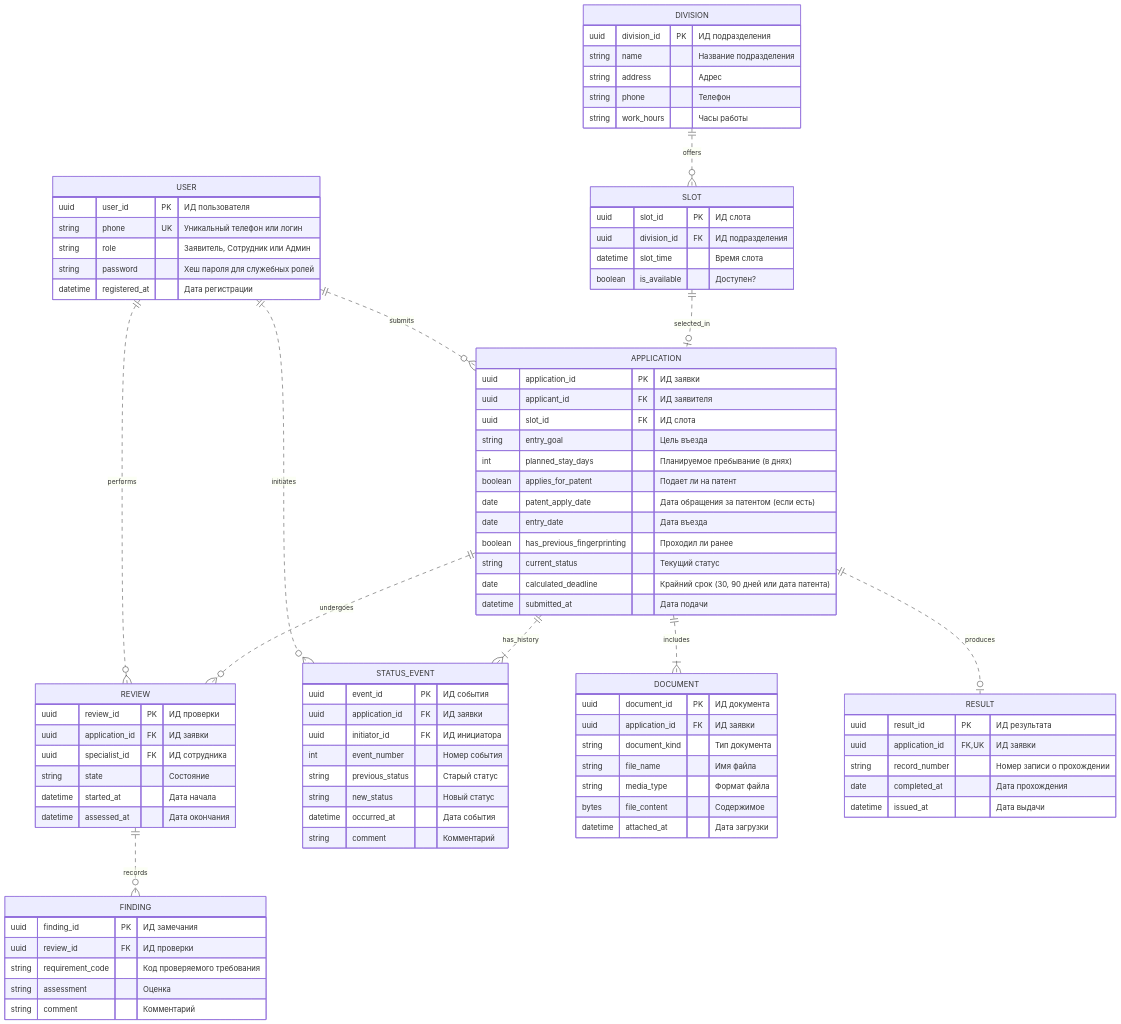
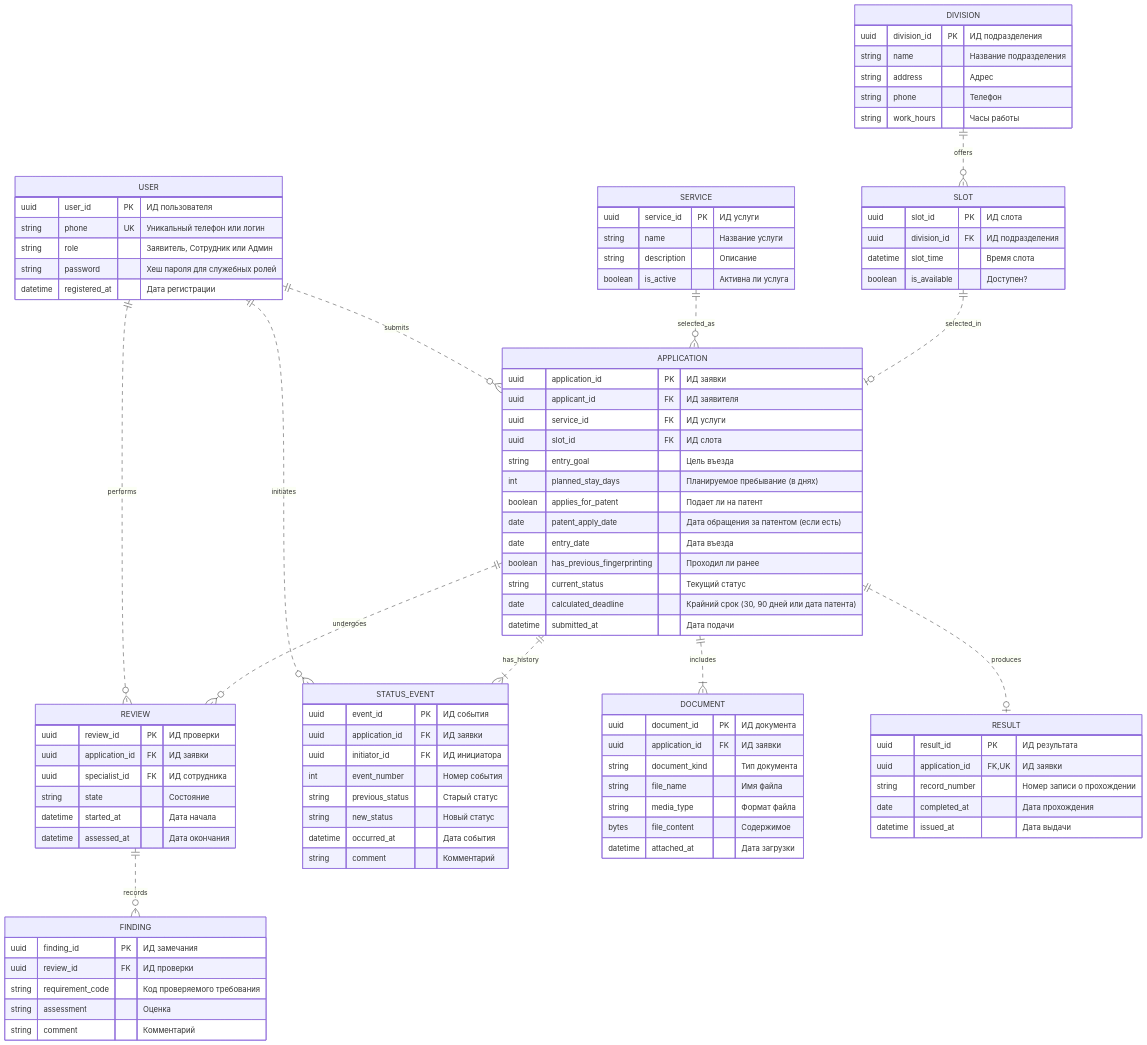
The diagram in er.md (Ahmetlev/LBPIS), drawn with Mermaid before and after one commit. The commit also changed other lines of this file, not shown here.

```diff
--- a/er.md
+++ b/er.md
@@ -10,6 +10,7 @@
     APPLICATION ||..o{ REVIEW : undergoes
     APPLICATION ||..o| RESULT : produces
     DIVISION ||..o{ SLOT : offers
+    SERVICE ||..o{ APPLICATION : selected_as
     SLOT ||..o| APPLICATION : selected_in
     REVIEW ||..o{ FINDING : records
 
@@ -23,6 +24,7 @@
       APPLICATION {
         uuid application_id PK "ИД заявки"
         uuid applicant_id FK "ИД заявителя"
+        uuid service_id FK "ИД услуги"
         uuid slot_id FK "ИД слота"
         string entry_goal "Цель въезда"
         int planned_stay_days "Планируемое пребывание (в днях)"
@@ -73,6 +75,12 @@
         string phone "Телефон"
         string work_hours "Часы работы"
     }
+    SERVICE {
+    uuid service_id PK "ИД услуги"
+    string name "Название услуги"
+    string description "Описание"
+    boolean is_active "Активна ли услуга"
+    }
     SLOT {
         uuid slot_id PK "ИД слота"
         uuid division_id FK "ИД подразделения"
```
